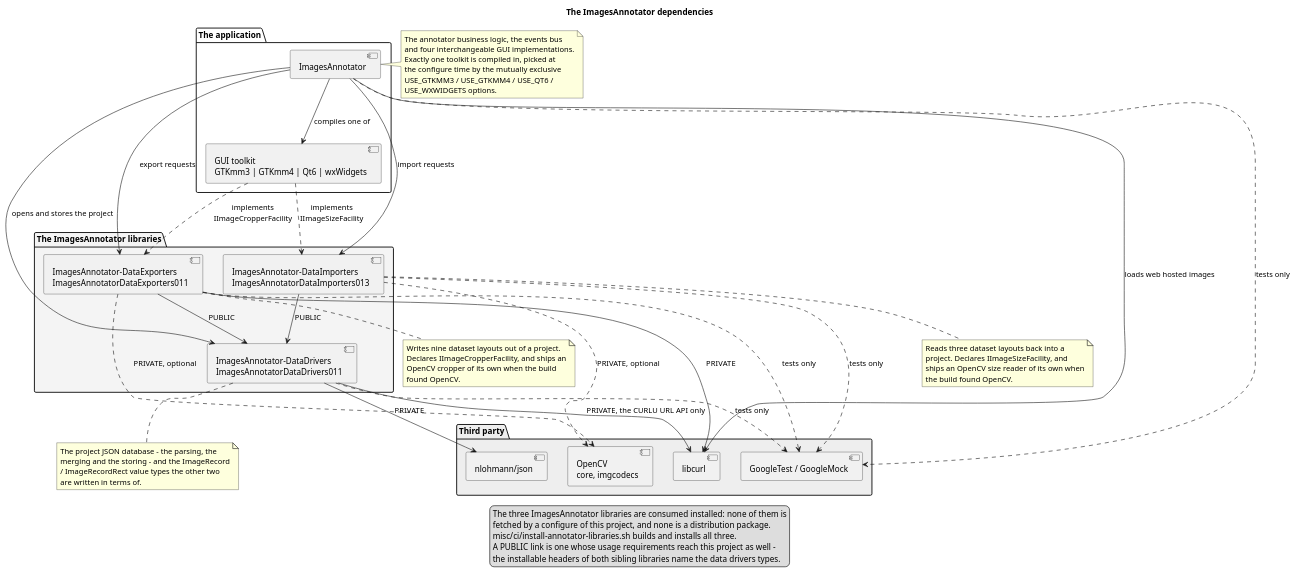
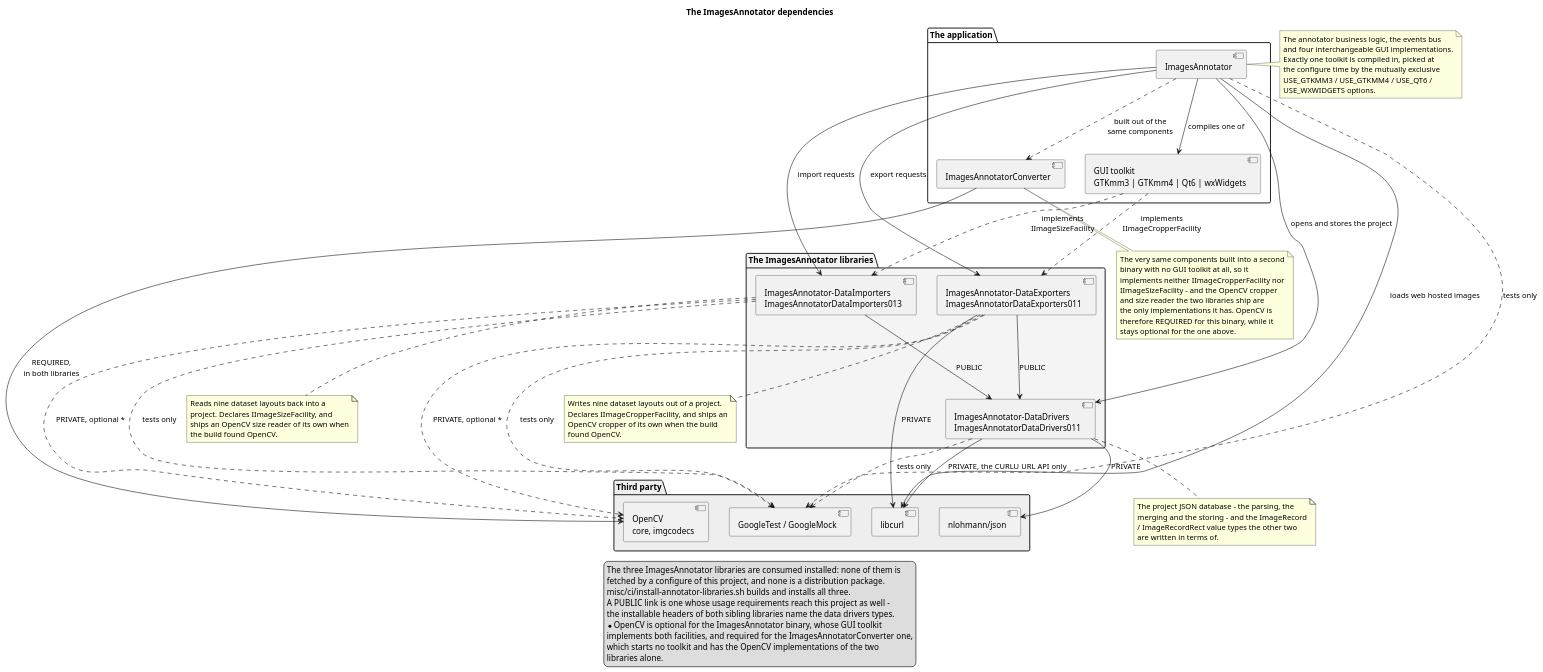
The diagram in doc/diagrams/plantuml/dependencies.puml (yuriysydor1991/ImagesAnnotator), drawn with PlantUML before and after one commit. The commit also changed 3 other files, not shown here.

First line of the commit message:
Say on the dependencies diagram that the converter binary needs OpenCV

```diff
--- a/doc/diagrams/plantuml/dependencies.puml
+++ b/doc/diagrams/plantuml/dependencies.puml
@@ -1,85 +1,104 @@
 @startuml
 
 title The ImagesAnnotator dependencies
 
 package "The application" #FFFFFF {
   component "ImagesAnnotator" as APP
   component "GUI toolkit\nGTKmm3 | GTKmm4 | Qt6 | wxWidgets" as GUI
+  component "ImagesAnnotatorConverter" as CONV
 }
 
 package "The ImagesAnnotator libraries" #F4F4F4 {
   component "ImagesAnnotator-DataExporters\nImagesAnnotatorDataExporters011" as IADE
   component "ImagesAnnotator-DataImporters\nImagesAnnotatorDataImporters013" as IADI
   component "ImagesAnnotator-DataDrivers\nImagesAnnotatorDataDrivers011" as IADD
 }
 
 package "Third party" #EEEEEE {
   component "libcurl" as CURL
   component "nlohmann/json" as NJSON
   component "OpenCV\ncore, imgcodecs" as OCV
   component "GoogleTest / GoogleMock" as GTEST
 }
 
 note right of APP
   The annotator business logic, the events bus
   and four interchangeable GUI implementations.
   Exactly one toolkit is compiled in, picked at
   the configure time by the mutually exclusive
   USE_GTKMM3 / USE_GTKMM4 / USE_QT6 /
   USE_WXWIDGETS options.
 end note
 
+note bottom of CONV
+  The very same components built into a second
+  binary with no GUI toolkit at all, so it
+  implements neither IImageCropperFacility nor
+  IImageSizeFacility - and the OpenCV cropper
+  and size reader the two libraries ship are
+  the only implementations it has. OpenCV is
+  therefore REQUIRED for this binary, while it
+  stays optional for the one above.
+end note
+
 note bottom of IADE
   Writes nine dataset layouts out of a project.
   Declares IImageCropperFacility, and ships an
   OpenCV cropper of its own when the build
   found OpenCV.
 end note
 
 note bottom of IADI
-  Reads three dataset layouts back into a
+  Reads nine dataset layouts back into a
   project. Declares IImageSizeFacility, and
   ships an OpenCV size reader of its own when
   the build found OpenCV.
 end note
 
 note bottom of IADD
   The project JSON database - the parsing, the
   merging and the storing - and the ImageRecord
   / ImageRecordRect value types the other two
   are written in terms of.
 end note
 
 APP --> GUI : compiles one of
+APP ..> CONV : built out of the\nsame components
 APP --> IADE : export requests
 APP --> IADI : import requests
 APP --> IADD : opens and stores the project
 APP --> CURL : loads web hosted images
 
 GUI ..> IADE : implements\nIImageCropperFacility
 GUI ..> IADI : implements\nIImageSizeFacility
 
+CONV --> OCV : REQUIRED,\nin both libraries
+
 IADE --> IADD : PUBLIC
 IADI --> IADD : PUBLIC
 
 IADE --> CURL : PRIVATE
-IADE ..> OCV : PRIVATE, optional
-IADI ..> OCV : PRIVATE, optional
+IADE ..> OCV : PRIVATE, optional *
+IADI ..> OCV : PRIVATE, optional *
 
 IADD --> NJSON : PRIVATE
 IADD --> CURL : PRIVATE, the CURLU URL API only
 
 APP ..> GTEST : tests only
 IADE ..> GTEST : tests only
 IADI ..> GTEST : tests only
 IADD ..> GTEST : tests only
 
 legend bottom
   The three ImagesAnnotator libraries are consumed installed: none of them is
   fetched by a configure of this project, and none is a distribution package.
   misc/ci/install-annotator-libraries.sh builds and installs all three.
   A PUBLIC link is one whose usage requirements reach this project as well -
   the installable headers of both sibling libraries name the data drivers types.
+  * OpenCV is optional for the ImagesAnnotator binary, whose GUI toolkit
+  implements both facilities, and required for the ImagesAnnotatorConverter one,
+  which starts no toolkit and has the OpenCV implementations of the two
+  libraries alone.
 end legend
 
 @enduml
```
